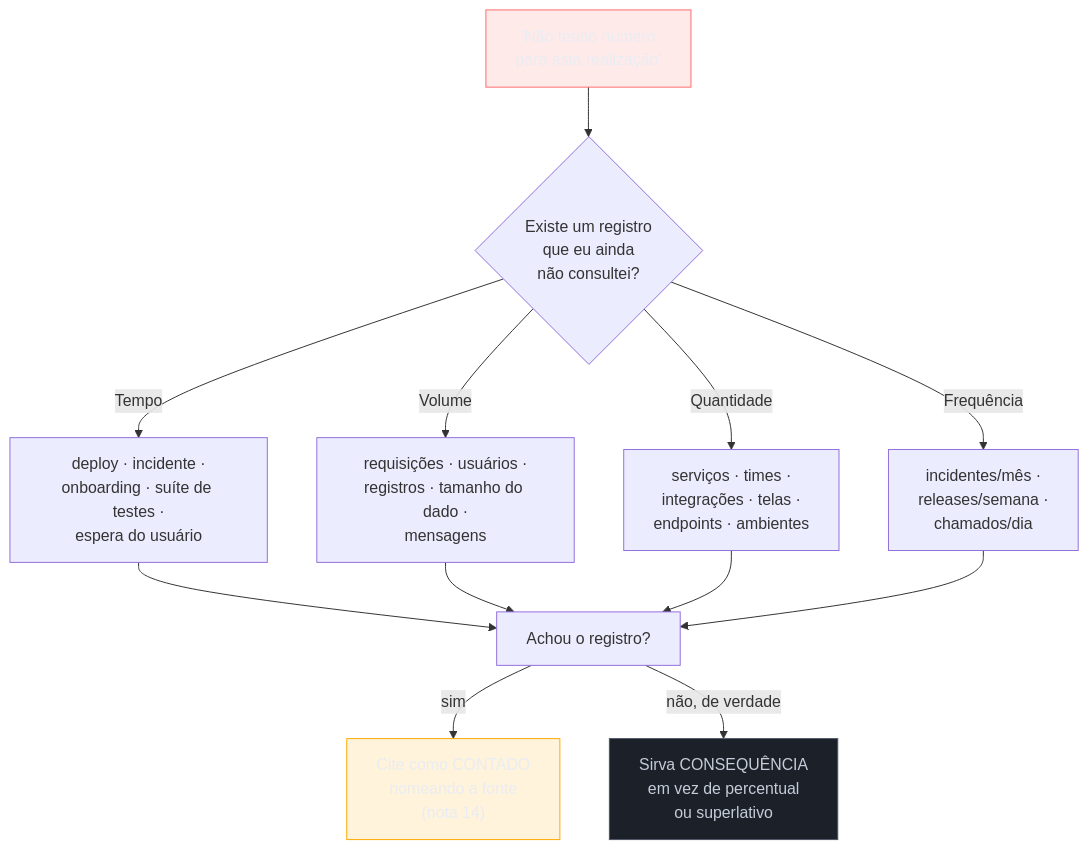
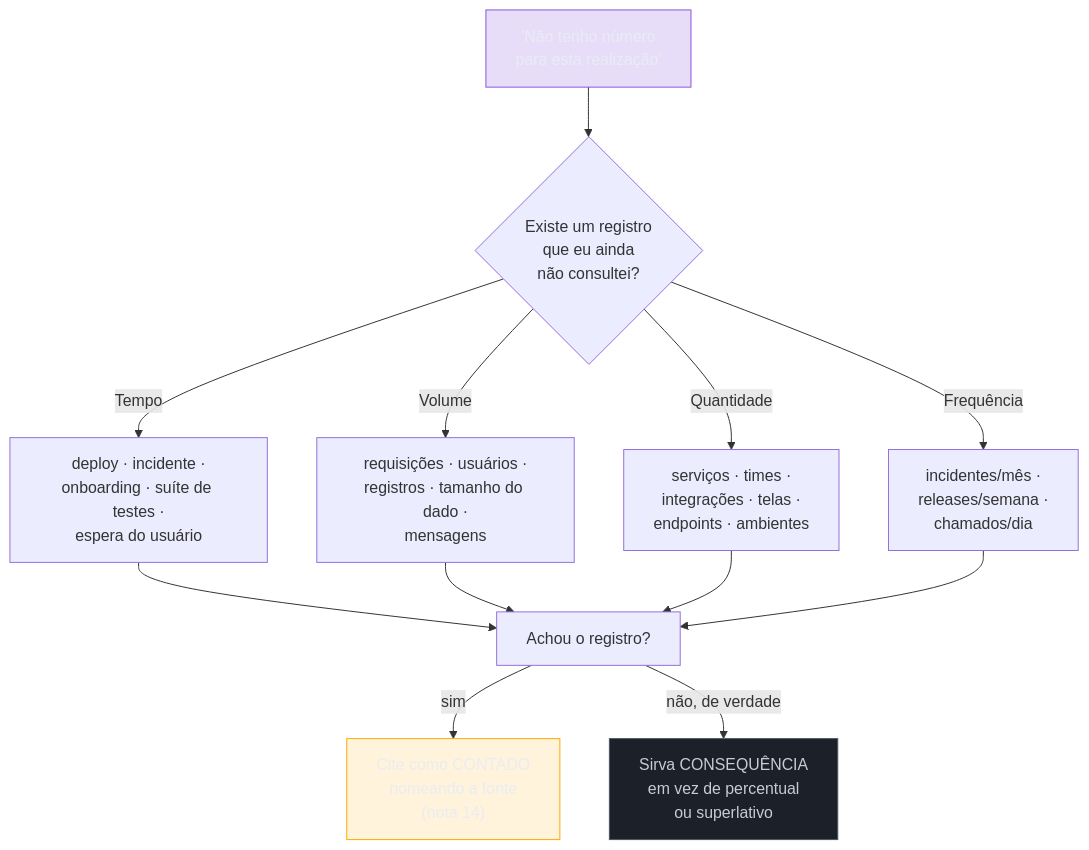
Before and after one commit to josenaldo/codex-technomanticus: the diagram in 03-Dominios/Carreira/Currículo/15 - Quando não há número.md, drawn with Mermaid. The commit also changed 601 other files, not shown here.

````diff
--- a/03-Dominios/Carreira/Currículo/15 - Quando não há número.md
+++ b/03-Dominios/Carreira/Currículo/15 - Quando não há número.md
@@ -60,21 +60,21 @@
 ```mermaid
 graph TD
-    classDef falha fill:#FF6B6B24,stroke:#FF6B6B,color:#E9ECF2
+    classDef marca fill:#8855DF33,stroke:#8855DF,color:#E9ECF2
     classDef destaque fill:#FFAA0024,stroke:#FFAA00,color:#E9ECF2
     classDef neutro fill:#1B2029,stroke:#4E5666,color:#C6CCD8
     Q["'Não tenho número<br/>para esta realização'"] --> T{"Existe um registro<br/>que eu ainda<br/>não consultei?"}
     T -->|"Tempo"| F1["deploy · incidente ·<br/>onboarding · suíte de testes ·<br/>espera do usuário"]
     T -->|"Volume"| F2["requisições · usuários ·<br/>registros · tamanho do dado ·<br/>mensagens"]
     T -->|"Quantidade"| F3["serviços · times ·<br/>integrações · telas ·<br/>endpoints · ambientes"]
     T -->|"Frequência"| F4["incidentes/mês ·<br/>releases/semana ·<br/>chamados/dia"]
     F1 --> C["Achou o registro?"]
     F2 --> C
     F3 --> C
     F4 --> C
     C -->|"sim"| CO["Cite como CONTADO<br/>nomeando a fonte<br/>(nota 14)"]
     C -->|"não, de verdade"| CS["Sirva CONSEQUÊNCIA<br/>em vez de percentual<br/>ou superlativo"]
 
-    class Q falha
+    class Q marca
     class CO destaque
     class CS neutro
 ```
````
